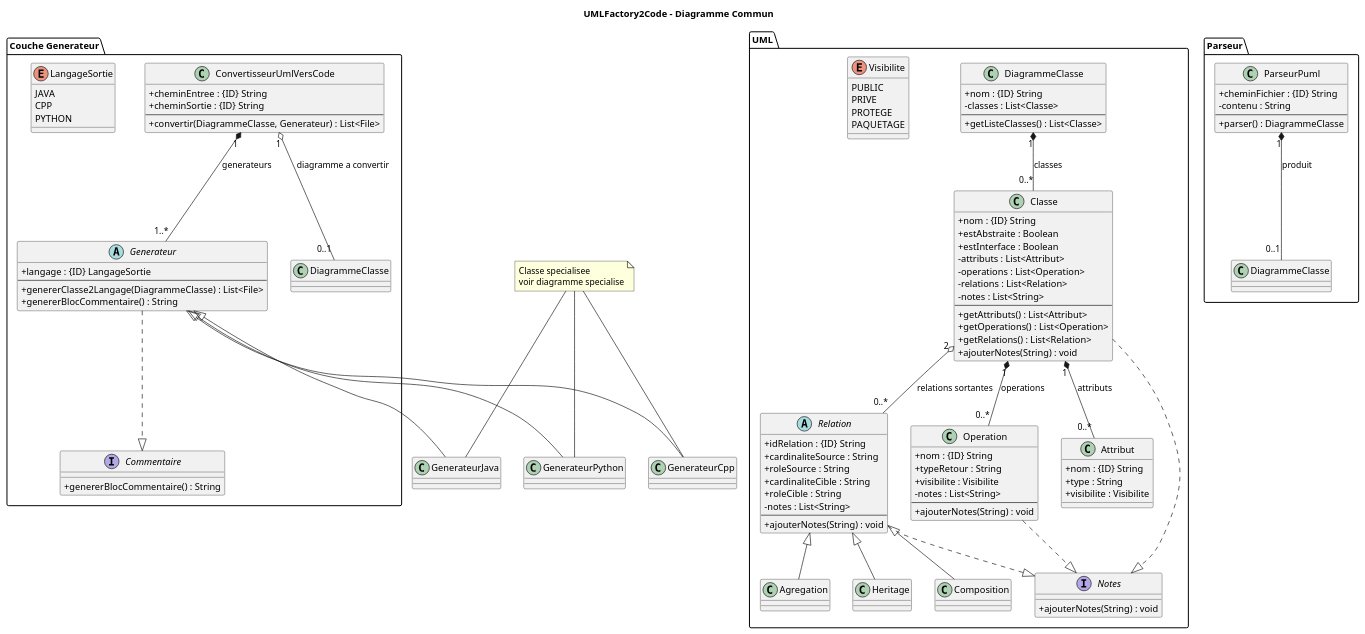
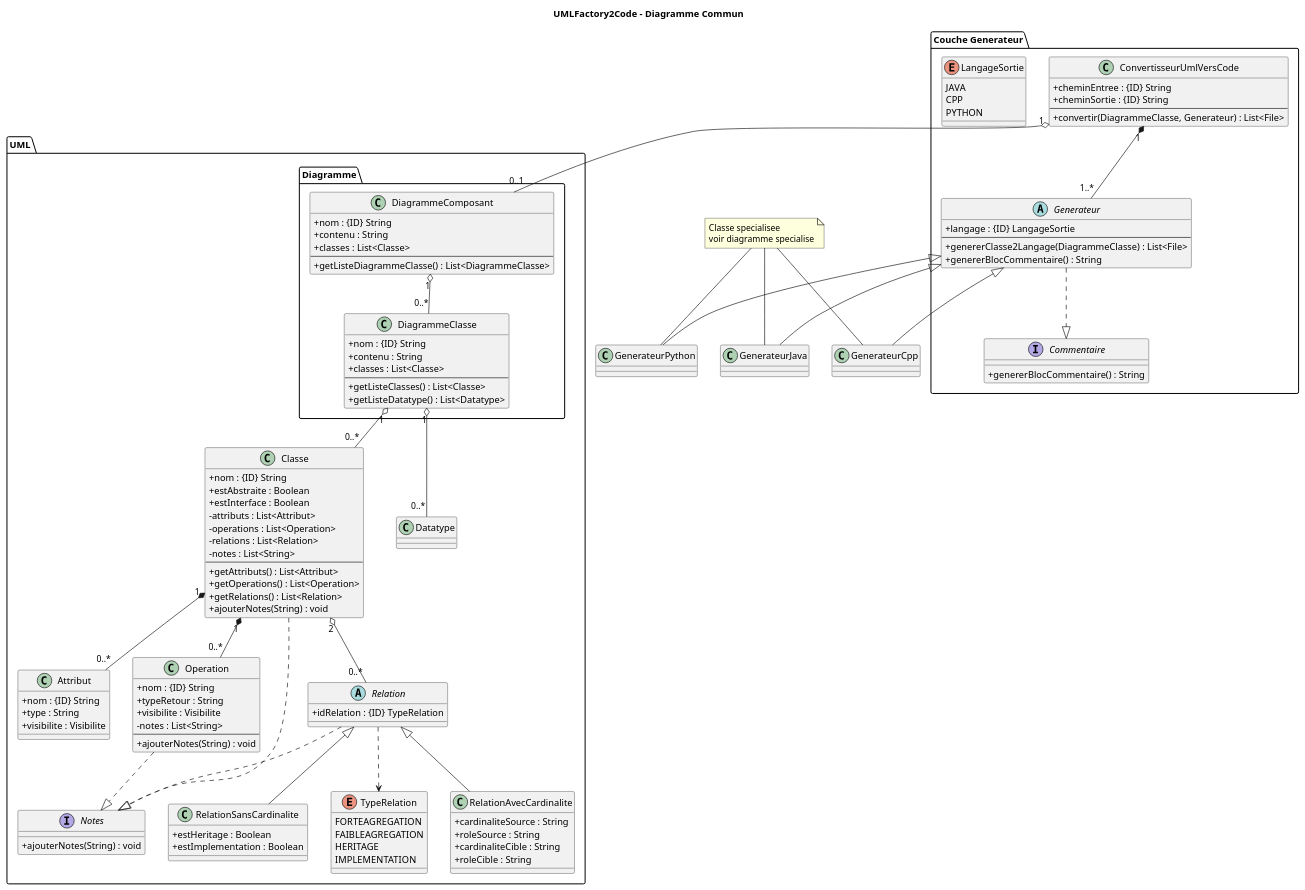
One commit to RasdaCorentin/PlantUML2Code changed the diagram in doc/fichier_puml/diagramme_commun.puml. Above: the diagram before and after it, drawn with PlantUML.

Commit message:
Modif Diagramme de classe

```diff
--- a/doc/fichier_puml/diagramme_commun.puml
+++ b/doc/fichier_puml/diagramme_commun.puml
@@ -1,147 +1,142 @@
 @startuml
 title UMLFactory2Code - Diagramme Commun
 skinparam classAttributeIconSize 0
 
 package "Couche Generateur" {
 
   class ConvertisseurUmlVersCode {
     +cheminEntree : {ID} String
     +cheminSortie : {ID} String
     ---
     +convertir(DiagrammeClasse, Generateur) : List<File>
   }
 
   abstract class Generateur {
     +langage : {ID} LangageSortie
     ---
     +genererClasse2Langage(DiagrammeClasse) : List<File>
     +genererBlocCommentaire() : String
   }
 
   enum LangageSortie {
     JAVA
     CPP
     PYTHON
   }
 
   interface Commentaire {
     +genererBlocCommentaire() : String
   }
 
   Generateur ..|> Commentaire
-  ConvertisseurUmlVersCode "1" o-- "0..1" DiagrammeClasse : "diagramme a convertir"
-  ConvertisseurUmlVersCode "1" *-- "1..*" Generateur : "generateurs"
+  ConvertisseurUmlVersCode "1" *-- "1..*" Generateur
 }
 
 package "UML" {
 
+package "Diagramme"{
+  class DiagrammeComposant{
+    +nom : {ID} String
+    +contenu : String
+    +classes : List<Classe>
+    ---
+    +getListeDiagrammeClasse() : List<DiagrammeClasse>
+  }
   class DiagrammeClasse {
     +nom : {ID} String
-    -classes : List<Classe>
+    +contenu : String
+    +classes : List<Classe>
     ---
     +getListeClasses() : List<Classe>
+    +getListeDatatype() : List<Datatype>
   }
-
+}
   class "Classe" as UMLClasse {
     +nom : {ID} String
     +estAbstraite : Boolean
     +estInterface : Boolean
     -attributs : List<Attribut>
     -operations : List<Operation>
     -relations : List<Relation>
     -notes : List<String>
     ---
     +getAttributs() : List<Attribut>
     +getOperations() : List<Operation>
     +getRelations() : List<Relation>
     +ajouterNotes(String) : void
   }
 
   class Attribut {
     +nom : {ID} String
     +type : String
     +visibilite : Visibilite
   }
 
   class Operation {
     +nom : {ID} String
     +typeRetour : String
     +visibilite : Visibilite
     -notes : List<String>
     ---
     +ajouterNotes(String) : void
   }
 
   abstract class Relation {
-    +idRelation : {ID} String
+    +idRelation : {ID} TypeRelation
+  }
+
+  class RelationAvecCardinalite {
     +cardinaliteSource : String
     +roleSource : String
     +cardinaliteCible : String
     +roleCible : String
-    -notes : List<String>
-    ---
-    +ajouterNotes(String) : void
+  }
+  class RelationSansCardinalite {
+    +estHeritage : Boolean
+    +estImplementation : Boolean
   }
 
-  class Composition {
-  }
-
-  class Agregation {
-  }
-
-  class Heritage {
-  }
-
-  enum Visibilite {
-    PUBLIC
-    PRIVE
-    PROTEGE
-    PAQUETAGE
-  }
-
+  class Datatype{}
+  DiagrammeClasse "1" o-- "0..*" Datatype 
+  DiagrammeComposant "1" o-- "0..*" DiagrammeClasse
   interface Notes {
     +ajouterNotes(String) : void
   }
-
+  enum TypeRelation {
+   FORTEAGREGATION
+   FAIBLEAGREGATION
+   HERITAGE
+   IMPLEMENTATION
+  }
+  Relation ..> TypeRelation
   ' --- Heritages ---
-  Relation <|-- Composition
-  Relation <|-- Agregation
-  Relation <|-- Heritage
+  Relation <|-- RelationSansCardinalite
+  Relation <|-- RelationAvecCardinalite
 
   ' --- Implementations de Notes ---
   UMLClasse ..|> Notes
   Operation ..|> Notes
   Relation ..|> Notes
 
   ' --- Compositions internes ---
-  DiagrammeClasse "1" *-- "0..*" UMLClasse : "classes"
-  UMLClasse "1" *-- "0..*" Attribut : "attributs"
-  UMLClasse "1" *-- "0..*" Operation : "operations"
+  DiagrammeClasse "1" o-- "0..*" UMLClasse  
+  UMLClasse "1" *-- "0..*" Attribut
+  UMLClasse "1" *-- "0..*" Operation
 
   ' --- Agregation : une relation lie 2 classes ---
-  UMLClasse "2" o-- "0..*" Relation : "relations sortantes"
+  UMLClasse "2" o-- "0..*" Relation 
 }
 
-package "Parseur" {
-
-  class ParseurPuml {
-    +cheminFichier : {ID} String
-    -contenu : String
-    ---
-    +parser() : DiagrammeClasse
-  }
-
-  ParseurPuml "1" *-- "0..1" DiagrammeClasse : "produit"
-}
 
 ' --- Heritages vers les generateurs specialises ---
 Generateur <|-- GenerateurJava
 Generateur <|-- GenerateurCpp
 Generateur <|-- GenerateurPython
+ConvertisseurUmlVersCode "1" o-- "0..1" DiagrammeComposant 
 
 note "Classe specialisee\nvoir diagramme specialise" as N1
 N1 -- GenerateurJava
 N1 -- GenerateurCpp
 N1 -- GenerateurPython
 
 @enduml
```
